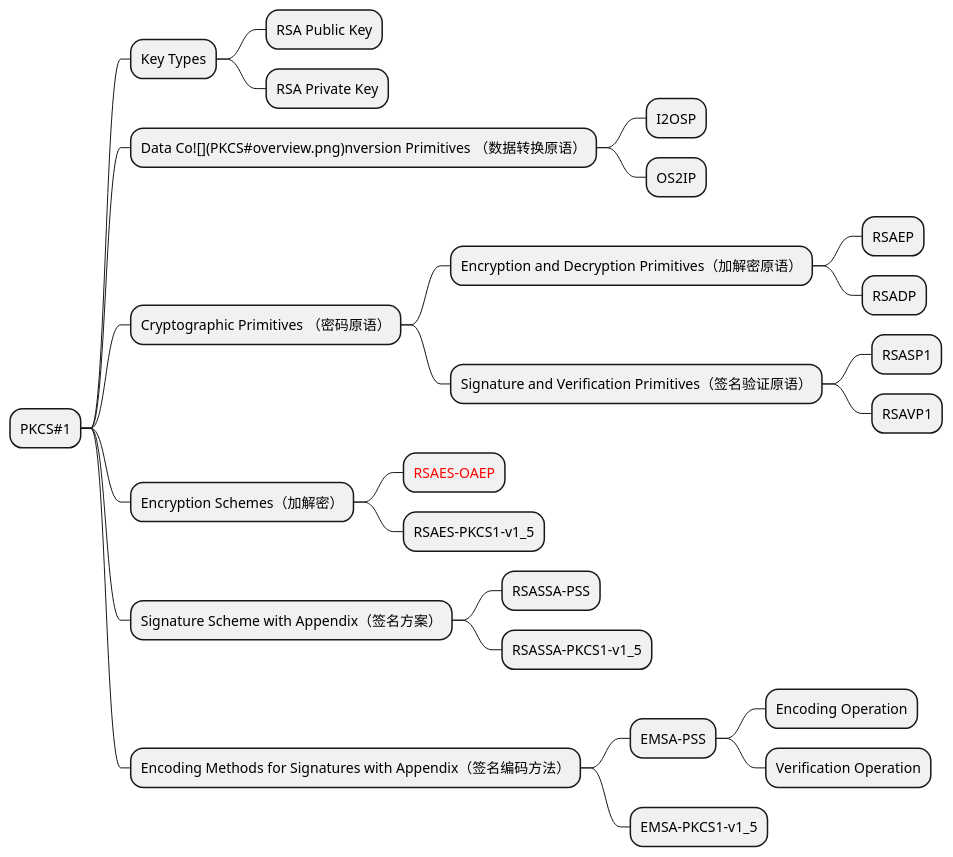
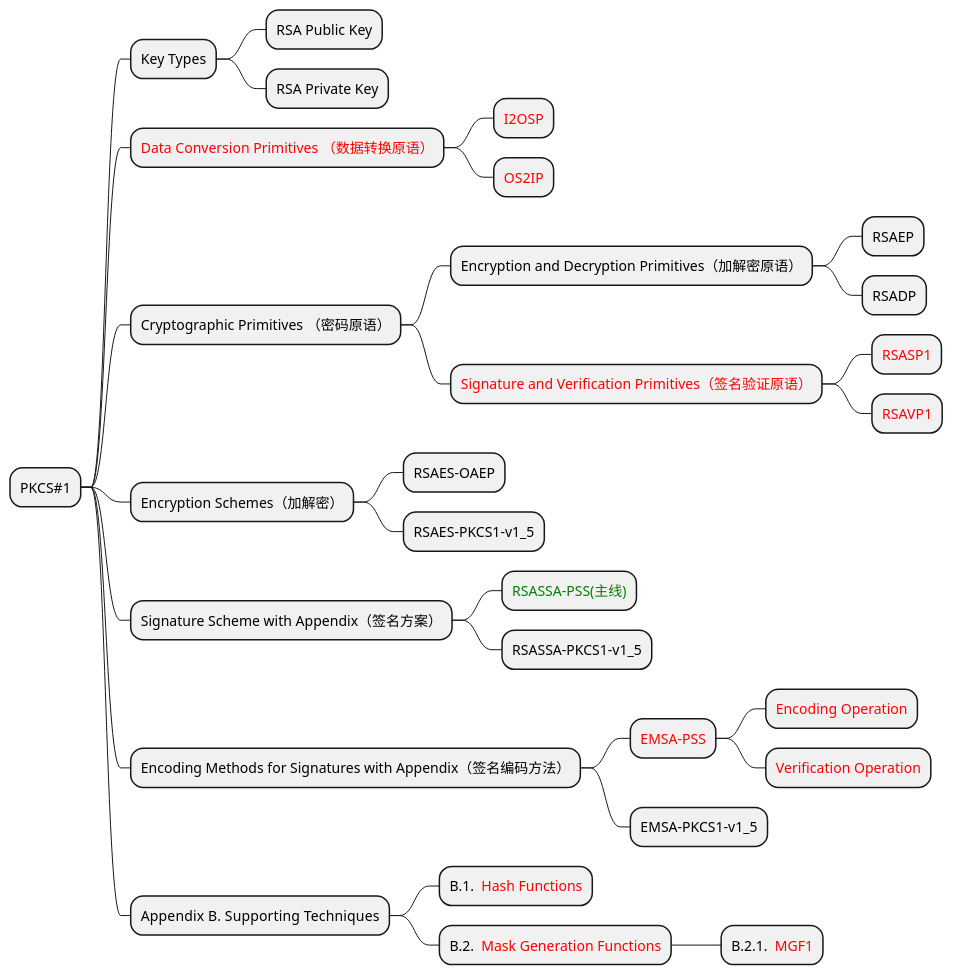
Before and after one commit to benzheng-2026/mbedtls_rsa_sig: the diagram in PKCS#1_pverview.puml, drawn with PlantUML. The commit also changed 30 other files, not shown here.

```diff
--- a/PKCS#1_pverview.puml
+++ b/PKCS#1_pverview.puml
@@ -1,29 +1,37 @@
 @startmindmap
 * PKCS#1
 **  Key Types
 *** RSA Public Key
 *** RSA Private Key
-**  Data Co![](PKCS#overview.png)nversion Primitives （数据转换原语）
-*** I2OSP
-*** OS2IP
+**  <color:red>Data Conversion Primitives （数据转换原语）</color>
+*** <color:red>I2OSP</color>
+*** <color:red>OS2IP</color>
 **  Cryptographic Primitives （密码原语）
 *** Encryption and Decryption Primitives（加解密原语）
 **** RSAEP
 **** RSADP
-*** Signature and Verification Primitives（签名验证原语）
-**** RSASP1
-**** RSAVP1
+*** <color:red>Signature and Verification Primitives（签名验证原语）</color>
+**** <color:red>RSASP1</color>
+**** <color:red>RSAVP1</color>
 **  Encryption Schemes（加解密）
-*** <color:red>RSAES-OAEP</color>
+*** RSAES-OAEP
 *** RSAES-PKCS1-v1_5
 **  Signature Scheme with Appendix（签名方案）
-*** RSASSA-PSS
+*** <color:green>RSASSA-PSS(主线)</color>
 *** RSASSA-PKCS1-v1_5
 **  Encoding Methods for Signatures with Appendix（签名编码方法）
-*** EMSA-PSS
-**** Encoding Operation
-**** Verification Operation
+*** <color:red>EMSA-PSS</color>
+**** <color:red>Encoding Operation</color>
+**** <color:red>Verification Operation</color>
 *** EMSA-PKCS1-v1_5
+
+** Appendix B.  Supporting Techniques
+*** B.1. <color:red> Hash Functions</color>
+*** B.2. <color:red> Mask Generation Functions</color>
+**** B.2.1. <color:red> MGF1</color>
+
+
+
 
 
 @endmindmap
```
